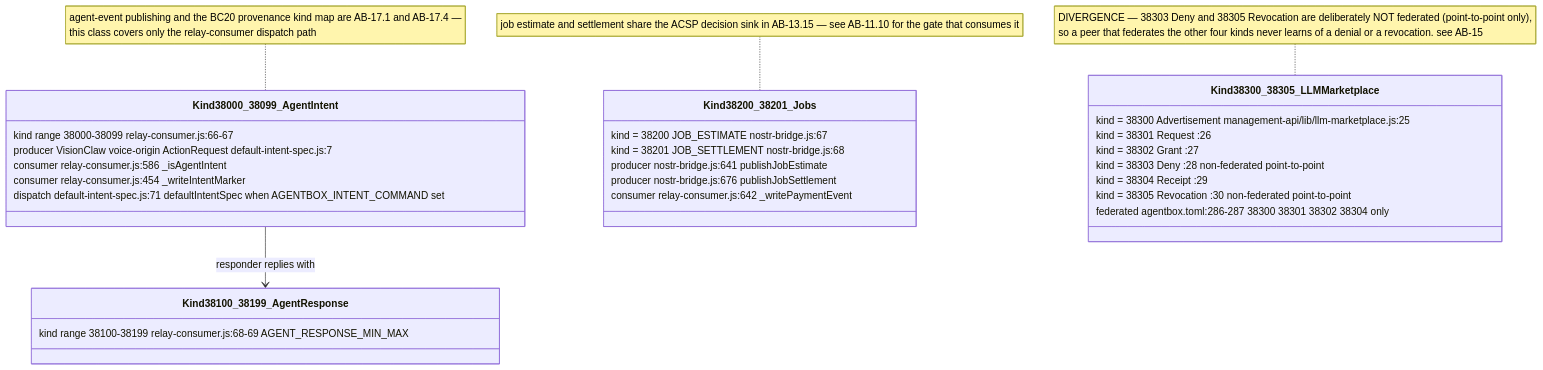
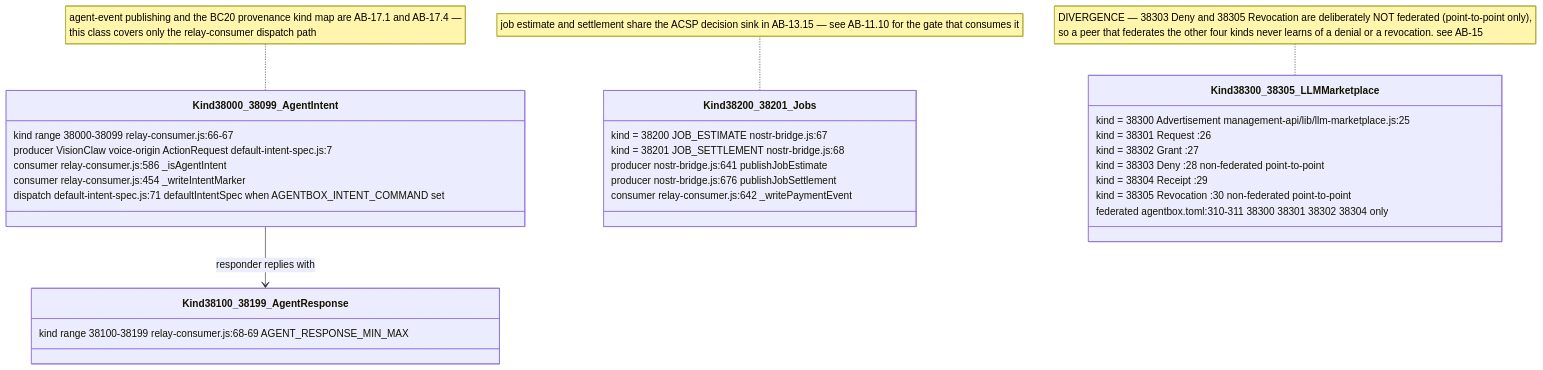
Before and after one commit to DreamLab-AI/VisionFlow: the sixth of 17 diagrams in docs/diagrams/agentbox/13-nostr-relay-gateway-bridge-mirror.md, drawn with Mermaid. The commit also changed other lines of this file and 28 other files, not shown here.

````diff
--- a/docs/diagrams/agentbox/13-nostr-relay-gateway-bridge-mirror.md
+++ b/docs/diagrams/agentbox/13-nostr-relay-gateway-bridge-mirror.md
@@ -230,33 +231,33 @@
 ```mermaid
 classDiagram
     class Kind38000_38099_AgentIntent {
         kind range 38000-38099 relay-consumer.js:66-67
         producer VisionClaw voice-origin ActionRequest default-intent-spec.js:7
         consumer relay-consumer.js:586 _isAgentIntent
         consumer relay-consumer.js:454 _writeIntentMarker
         dispatch default-intent-spec.js:71 defaultIntentSpec when AGENTBOX_INTENT_COMMAND set
     }
     class Kind38100_38199_AgentResponse {
         kind range 38100-38199 relay-consumer.js:68-69 AGENT_RESPONSE_MIN_MAX
     }
     class Kind38200_38201_Jobs {
         kind = 38200 JOB_ESTIMATE nostr-bridge.js:67
         kind = 38201 JOB_SETTLEMENT nostr-bridge.js:68
         producer nostr-bridge.js:641 publishJobEstimate
         producer nostr-bridge.js:676 publishJobSettlement
         consumer relay-consumer.js:642 _writePaymentEvent
     }
     class Kind38300_38305_LLMMarketplace {
         kind = 38300 Advertisement management-api/lib/llm-marketplace.js:25
         kind = 38301 Request :26
         kind = 38302 Grant :27
         kind = 38303 Deny :28 non-federated point-to-point
         kind = 38304 Receipt :29
         kind = 38305 Revocation :30 non-federated point-to-point
-        federated agentbox.toml:286-287 38300 38301 38302 38304 only
+        federated agentbox.toml:310-311 38300 38301 38302 38304 only
     }
     Kind38000_38099_AgentIntent --> Kind38100_38199_AgentResponse : responder replies with
     note for Kind38200_38201_Jobs "job estimate and settlement share the ACSP decision sink in AB-13.15 — see AB-11.10 for the gate that consumes it"
     note for Kind38000_38099_AgentIntent "agent-event publishing and the BC20 provenance kind map are AB-17.1 and AB-17.4 —<br/>this class covers only the relay-consumer dispatch path"
     note for Kind38300_38305_LLMMarketplace "DIVERGENCE — 38303 Deny and 38305 Revocation are deliberately NOT federated (point-to-point only),<br/>so a peer that federates the other four kinds never learns of a denial or a revocation. see AB-15"
 ```
````
